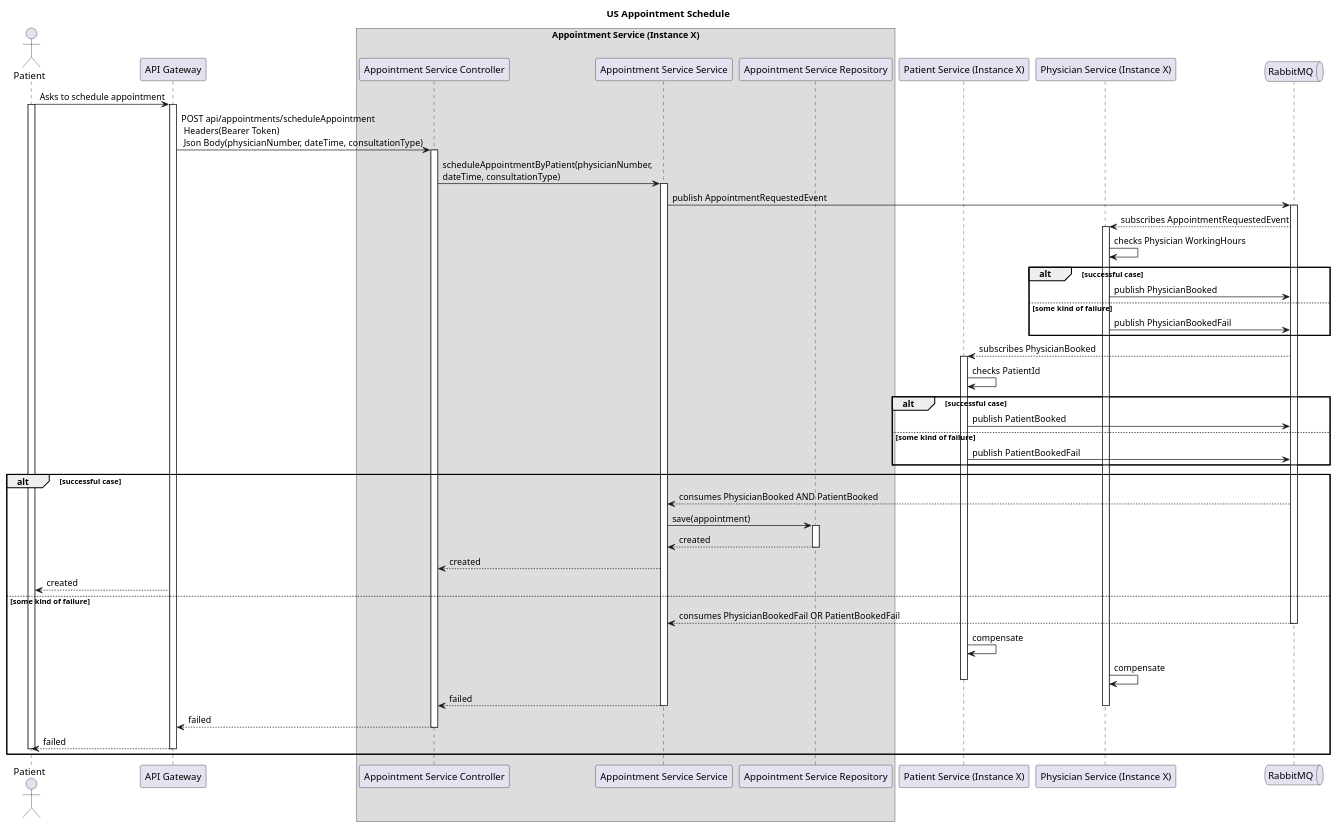
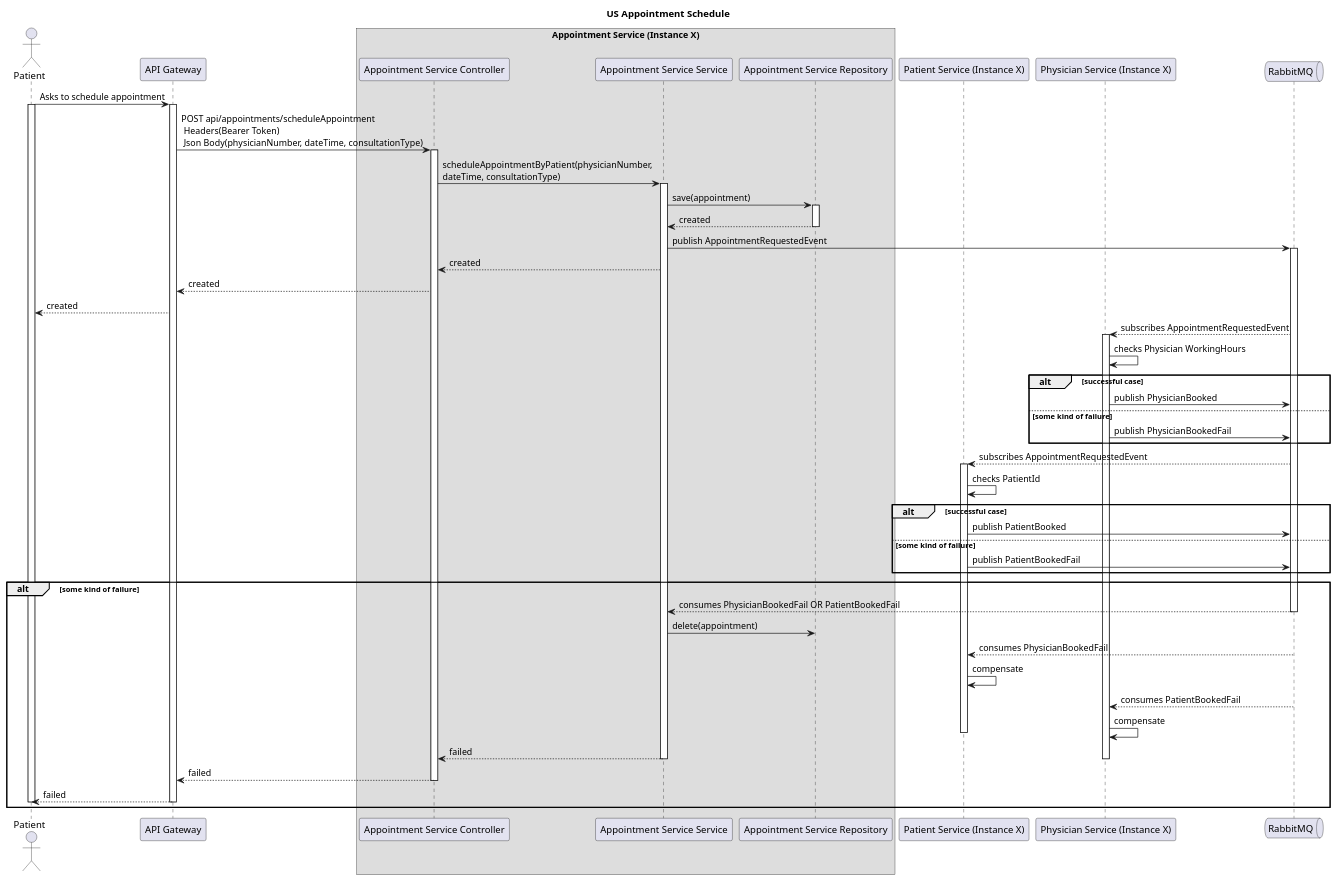
The diagram in docs/USs/US_Appointment_Schedule/US_Appointment_Schedule.puml (vitorbarbosa1221412/SIDIS-3DB-G02), drawn with PlantUML before and after one commit. The commit also changed 7 other files, not shown here.

```diff
--- a/docs/USs/US_Appointment_Schedule/US_Appointment_Schedule.puml
+++ b/docs/USs/US_Appointment_Schedule/US_Appointment_Schedule.puml
@@ -1,69 +1,71 @@
 @startuml SagaChoreography
 
 title US Appointment Schedule
 
 actor Patient
 
 participant Gateway as "API Gateway"
 box "Appointment Service (Instance X)"
 participant AppointSvc_Controller as "Appointment Service Controller"
 participant AppointSvc_Service as "Appointment Service Service"
 participant AppointSvc_Repository as "Appointment Service Repository"
 end box
 participant PatientSvc as "Patient Service (Instance X)"
 participant PhysicianSvc as "Physician Service (Instance X)"
 queue Broker as "RabbitMQ"
 
 Patient -> Gateway : Asks to schedule appointment
 activate Patient
 activate Gateway
 Gateway -> AppointSvc_Controller : POST api/appointments/scheduleAppointment \n Headers(Bearer Token) \n Json Body(physicianNumber, dateTime, consultationType)
 
 activate AppointSvc_Controller
 AppointSvc_Controller -> AppointSvc_Service : scheduleAppointmentByPatient(physicianNumber,\ndateTime, consultationType)
 activate AppointSvc_Service
+AppointSvc_Service -> AppointSvc_Repository : save(appointment)
+activate AppointSvc_Repository
+AppointSvc_Repository --> AppointSvc_Service : created
+deactivate AppointSvc_Repository
 AppointSvc_Service -> Broker : publish AppointmentRequestedEvent
 activate Broker
+AppointSvc_Service --> AppointSvc_Controller : created
+AppointSvc_Controller --> Gateway : created
+Gateway --> Patient : created
 Broker --> PhysicianSvc : subscribes AppointmentRequestedEvent
 activate PhysicianSvc
 PhysicianSvc -> PhysicianSvc : checks Physician WorkingHours
 alt successful case
 PhysicianSvc -> Broker : publish PhysicianBooked
 else some kind of failure
 PhysicianSvc -> Broker : publish PhysicianBookedFail
 end
-Broker --> PatientSvc : subscribes PhysicianBooked
+Broker --> PatientSvc : subscribes AppointmentRequestedEvent
 activate PatientSvc
 PatientSvc -> PatientSvc : checks PatientId
 alt successful case
 PatientSvc -> Broker : publish PatientBooked
 else some kind of failure
 PatientSvc -> Broker : publish PatientBookedFail
 end
-alt successful case
-Broker --> AppointSvc_Service : consumes PhysicianBooked AND PatientBooked
-AppointSvc_Service -> AppointSvc_Repository : save(appointment)
-activate AppointSvc_Repository
-AppointSvc_Repository --> AppointSvc_Service : created
-deactivate AppointSvc_Repository
-AppointSvc_Service --> AppointSvc_Controller : created
-Gateway --> Patient : created
-else some kind of failure
+alt some kind of failure
 Broker --> AppointSvc_Service : consumes PhysicianBookedFail OR PatientBookedFail
 deactivate Broker
+AppointSvc_Service -> AppointSvc_Repository : delete(appointment)
+Broker --> PatientSvc : consumes PhysicianBookedFail
 PatientSvc -> PatientSvc : compensate
+Broker --> PhysicianSvc : consumes PatientBookedFail
 PhysicianSvc -> PhysicianSvc : compensate
 deactivate PatientSvc
 AppointSvc_Service --> AppointSvc_Controller : failed
 deactivate AppointSvc_Service
 deactivate PhysicianSvc
 AppointSvc_Controller --> Gateway : failed
 deactivate AppointSvc_Controller
 Gateway --> Patient : failed
 deactivate Gateway
 deactivate PatientSvc
 deactivate Patient
 end
 deactivate PhysicianSvc
 
 @enduml
```
